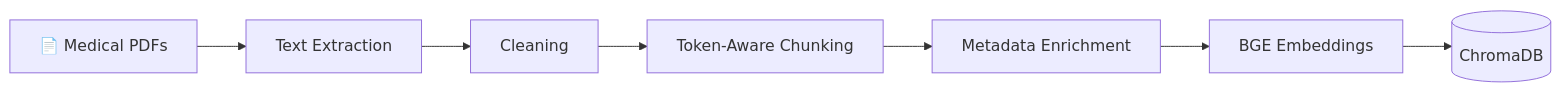
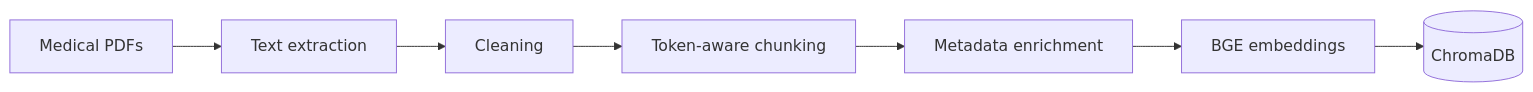
Before and after one commit to AdhamElsayedAI/AdhamElsayedAI: the third of 7 diagrams in README.md, drawn with Mermaid. The commit also changed other lines of this file, not shown here.

````diff
--- a/README.md
+++ b/README.md
@@ -176,9 +146,9 @@
 ```mermaid
 flowchart LR
-    PDF["📄 Medical PDFs"] --> EXT["Text Extraction"]
-    EXT --> CLEAN["Cleaning"]
-    CLEAN --> CHUNK["Token-Aware Chunking"]
-    CHUNK --> META["Metadata Enrichment"]
-    META --> EMB["BGE Embeddings"]
-    EMB --> DB[("ChromaDB")]
+    PDF[Medical PDFs] --> EXT[Text extraction]
+    EXT --> CLEAN[Cleaning]
+    CLEAN --> CHUNK[Token-aware chunking]
+    CHUNK --> META[Metadata enrichment]
+    META --> EMB[BGE embeddings]
+    EMB --> DB[(ChromaDB)]
 ```
````
